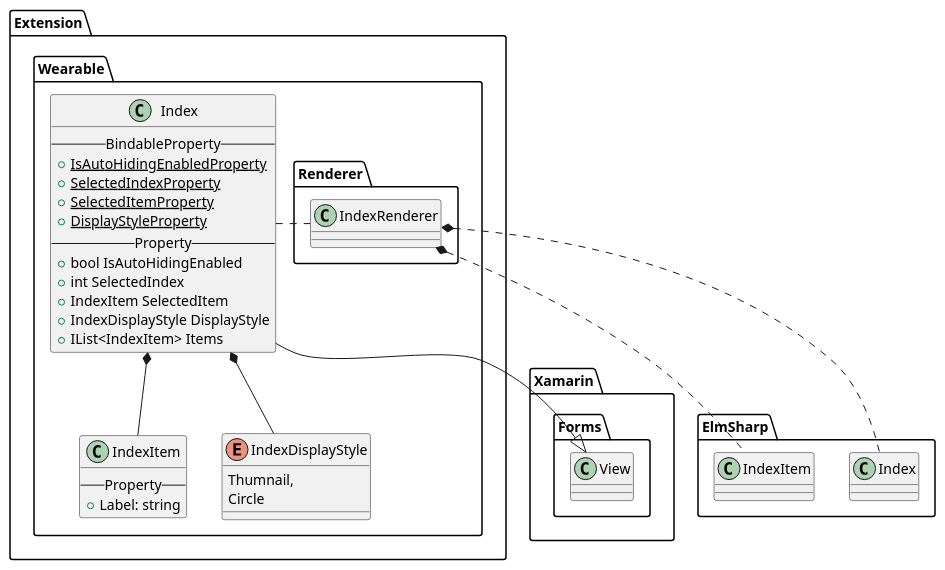
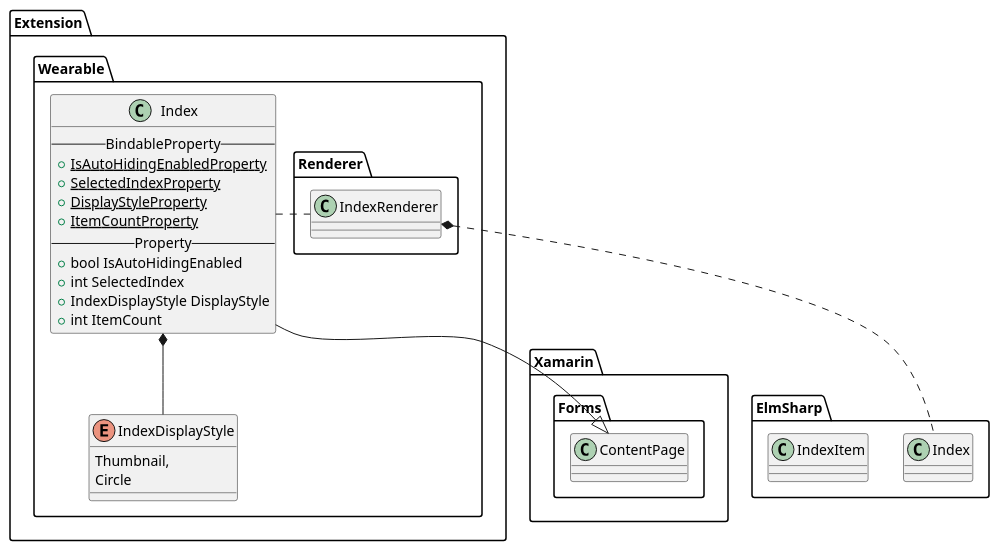
One commit to Samsung/Tizen.CircularUI changed the second of 3 diagrams in doc/design/uml/Etc.wsd. Above: the diagram before and after it, drawn with PlantUML. The commit also changed other lines of this file and 10 other files, not shown here.

```diff
--- a/doc/design/uml/Etc.wsd
+++ b/doc/design/uml/Etc.wsd
@@ -41,51 +41,44 @@
-@startuml Index.png
+@startuml IndexPage.png
 
 package "Xamarin.Forms" {
-    class View
+    class ContentPage
 }
 
 
 package "Extension.Wearable" {
    class Index {
         --BindableProperty--
         {static} +IsAutoHidingEnabledProperty
         {static} +SelectedIndexProperty
-        {static} +SelectedItemProperty
         {static} +DisplayStyleProperty
+        {static} +ItemCountProperty
         --Property--
         +bool IsAutoHidingEnabled
         +int SelectedIndex
-        +IndexItem SelectedItem
         +IndexDisplayStyle DisplayStyle
-        +IList<IndexItem> Items
-    }
-
-    class IndexItem {
-        --Property--
-        +Label: string
+        +int ItemCount
     }
 
     enum IndexDisplayStyle {
-      Thumnail,
+      Thumbnail,
       Circle
     }
 
-    Index --|> View
-    Index *-- IndexItem
+    Index --|> ContentPage
     Index *-d- IndexDisplayStyle
 }
 
 
 package "Extension.Wearable.Renderer" { 
     class IndexRenderer
     IndexRenderer .l. Index
 }
 
 package "ElmSharp" {
     class Index
     class IndexItem
+
+    IndexRenderer *.. ElmSharp.Index
 }
 
-IndexRenderer *.. ElmSharp.Index
-IndexRenderer *.. ElmSharp.IndexItem
 @enduml
```
